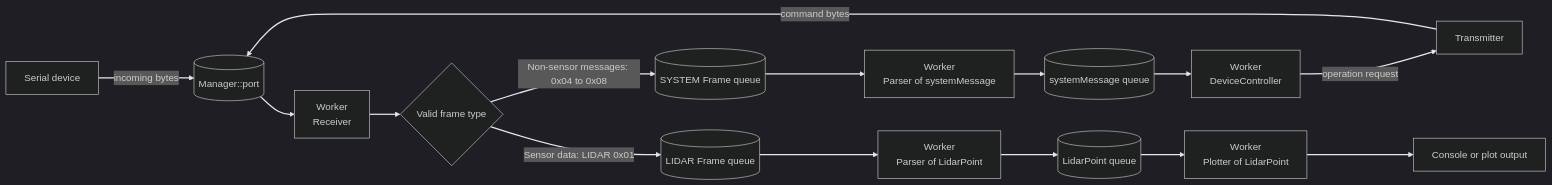
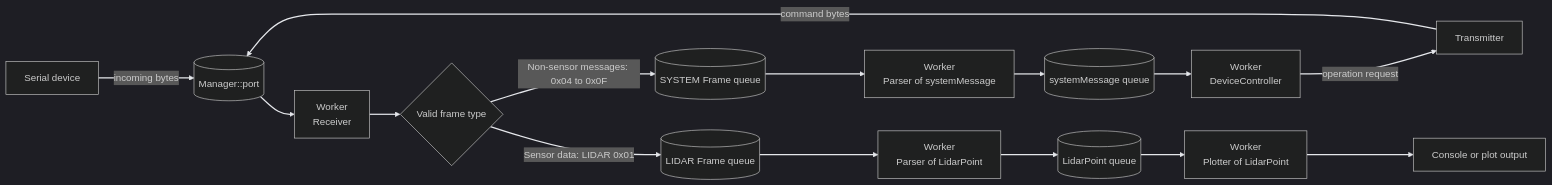
The second of 3 diagrams in docs/architecture.md (kei185/sensor-flow), drawn with Mermaid (dark theme) before and after one commit. The commit also changed other lines of this file and 1 other file, not shown here.

Commit message:
[codex] Document ignored malformed sensor payloads

````diff
--- a/docs/architecture.md
+++ b/docs/architecture.md
@@ -102,29 +102,29 @@
 ```mermaid
 flowchart LR
     source[Serial device]
     io[(Manager::port)]
     receiver[Worker<br/>Receiver]
     frameType{Valid frame type}
     systemFrames[(SYSTEM Frame queue)]
     lidarFrames[(LIDAR Frame queue)]
     systemParser[Worker<br/>Parser of systemMessage]
     lidarParser[Worker<br/>Parser of LidarPoint]
     systemData[(systemMessage queue)]
     lidarData[(LidarPoint queue)]
     controller[Worker<br/>DeviceController]
     plotter[Worker<br/>Plotter of LidarPoint]
     transmitter[Transmitter]
     output[Console or plot output]
 
     source -->|incoming bytes| io
     io --> receiver
     receiver --> frameType
-    frameType -->|Non-sensor messages: 0x04 to 0x08| systemFrames
+    frameType -->|Non-sensor messages: 0x04 to 0x0F| systemFrames
     frameType -->|Sensor data: LIDAR 0x01| lidarFrames
     systemFrames --> systemParser --> systemData --> controller
     lidarFrames --> lidarParser --> lidarData --> plotter --> output
     controller -->|operation request| transmitter
     transmitter -->|command bytes| io
 
     linkStyle default stroke:#E5E7EB,stroke-width:2px;
 ```
````
